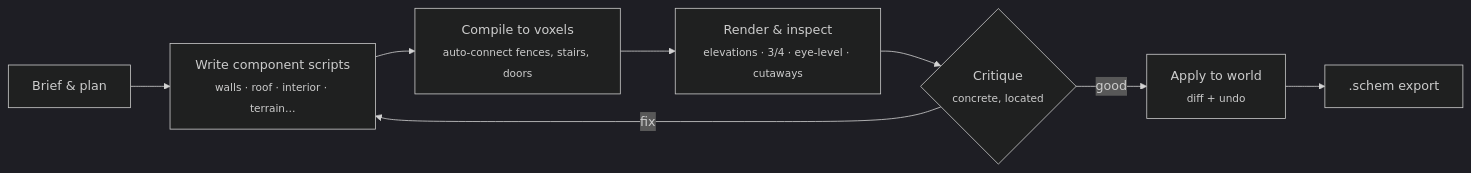
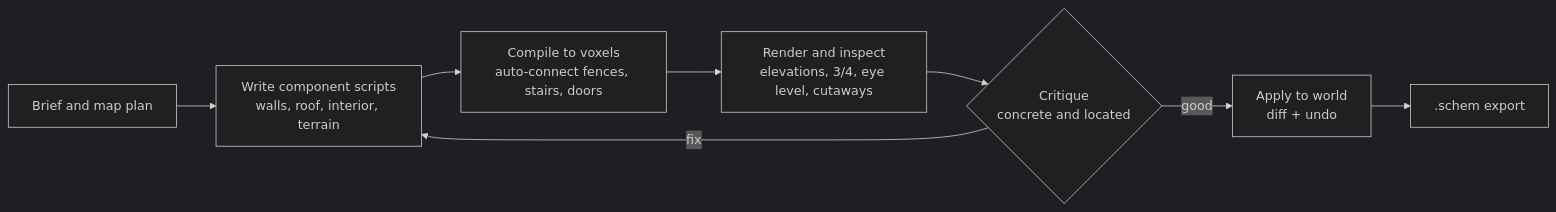
Before and after one commit to TheOriUHD/minecraft-build-studio: the diagram in README.md, drawn with Mermaid (dark theme).

Commit message:
README: simpler mermaid labels for GitHub

````diff
--- a/README.md
+++ b/README.md
@@ -55,10 +55,10 @@
 ```mermaid
 flowchart LR
-    A[Brief &amp; plan] --> B[Write component scripts<br/><sub>walls · roof · interior · terrain…</sub>]
-    B --> C[Compile to voxels<br/><sub>auto-connect fences, stairs, doors</sub>]
-    C --> D[Render &amp; inspect<br/><sub>elevations · 3/4 · eye-level · cutaways</sub>]
-    D --> E{Critique<br/><sub>concrete, located</sub>}
+    A["Brief and map plan"] --> B["Write component scripts<br/>walls, roof, interior, terrain"]
+    B --> C["Compile to voxels<br/>auto-connect fences, stairs, doors"]
+    C --> D["Render and inspect<br/>elevations, 3/4, eye level, cutaways"]
+    D --> E{"Critique<br/>concrete and located"}
     E -- fix --> B
-    E -- good --> F[Apply to world<br/><sub>diff + undo</sub>]
-    F --> G[.schem export]
+    E -- good --> F["Apply to world<br/>diff + undo"]
+    F --> G[".schem export"]
 ```
````
